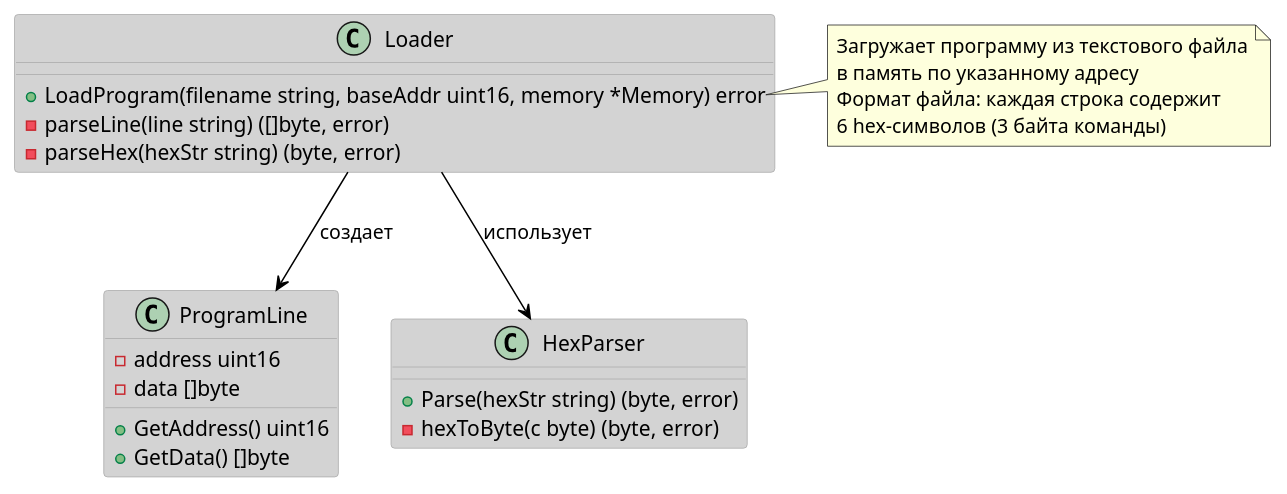
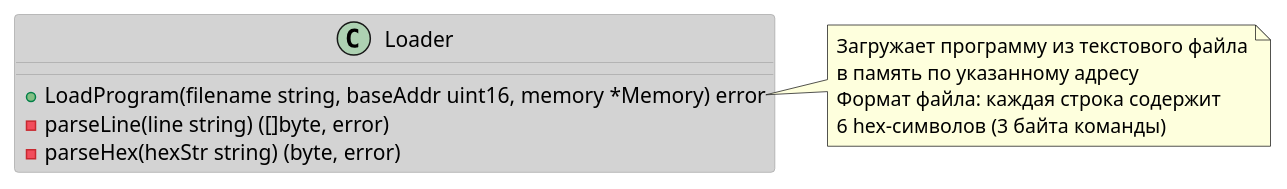
The diagram in docs/loader-diagramm.plantuml (Be4Die/go-evm), drawn with PlantUML before and after one commit. The commit also changed 2 other files, not shown here.

Commit message:
refactor loader and change byte code file structure

```diff
--- a/docs/loader-diagramm.plantuml
+++ b/docs/loader-diagramm.plantuml
@@ -1,41 +1,25 @@
 @startuml Диаграмма классов пакета загрузчика
 
 ' Настройки отображения
 skinparam class {
     BackgroundColor LightGray
     ArrowColor Black
     BorderColor DarkGray
 }
 
 ' Публичные структуры загрузчика
 class Loader {
     +LoadProgram(filename string, baseAddr uint16, memory *Memory) error
     -parseLine(line string) ([]byte, error)
     -parseHex(hexStr string) (byte, error)
 }
 
-' Вспомогательные классы (приватные)
-class ProgramLine {
-    -address uint16
-    -data []byte
-    +GetAddress() uint16
-    +GetData() []byte
-}
-
-class HexParser {
-    +Parse(hexStr string) (byte, error)
-    -hexToByte(c byte) (byte, error)
-}
-
-' Отношения
-Loader --> ProgramLine : создает
-Loader --> HexParser : использует
 
 note right of Loader::LoadProgram
     Загружает программу из текстового файла
     в память по указанному адресу
     Формат файла: каждая строка содержит
     6 hex-символов (3 байта команды)
 end note
 
 @enduml
```
